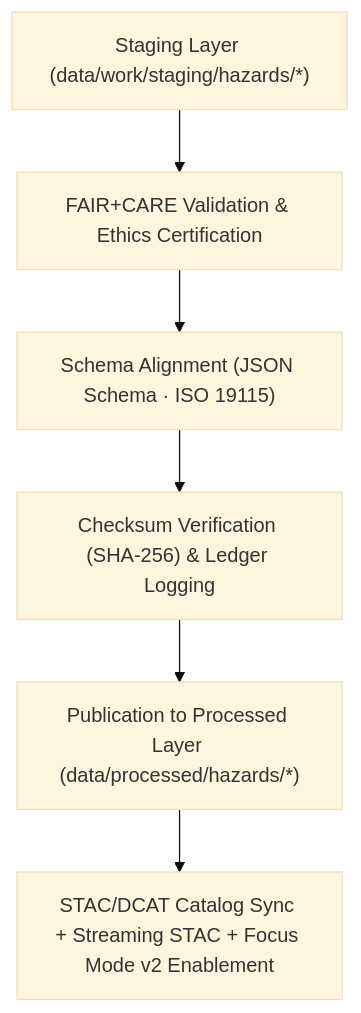
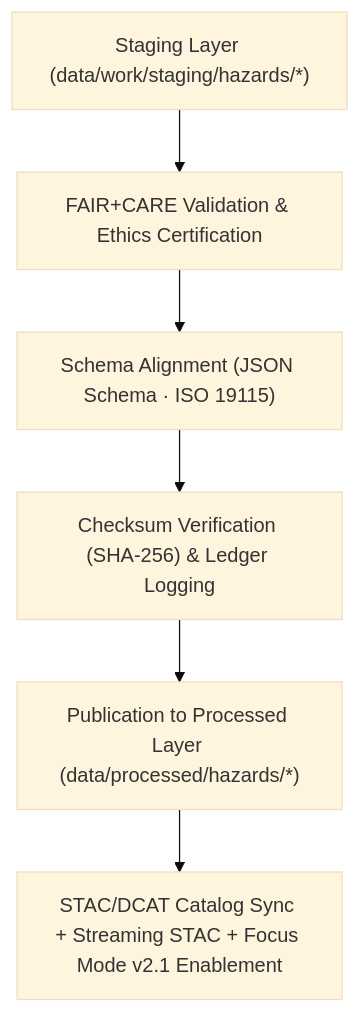
One commit to bartytime4life/Kansas-Frontier-Matrix changed the diagram in data/processed/tabular/README.md. Above: the diagram before and after it, drawn with Mermaid (base theme). The commit also changed other lines of this file, not shown here.

````diff
--- a/data/processed/tabular/README.md
+++ b/data/processed/tabular/README.md
@@ -92,8 +93,8 @@
 ```mermaid
 flowchart TD
     A["Staging Layer (data/work/staging/hazards/*)"] --> B["FAIR+CARE Validation & Ethics Certification"]
     B --> C["Schema Alignment (JSON Schema · ISO 19115)"]
     C --> D["Checksum Verification (SHA-256) & Ledger Logging"]
     D --> E["Publication to Processed Layer (data/processed/hazards/*)"]
-    E --> F["STAC/DCAT Catalog Sync + Streaming STAC + Focus Mode v2 Enablement"]
+    E --> F["STAC/DCAT Catalog Sync + Streaming STAC + Focus Mode v2.1 Enablement"]
 ```
````
